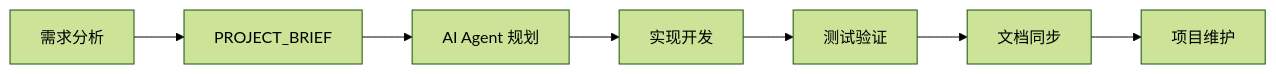
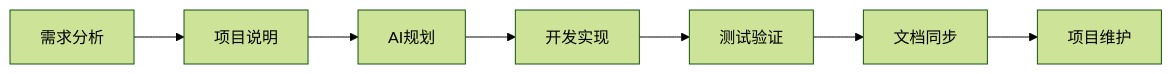
One commit to LinksOnlining/Codex-Development-Framework changed the second of 2 diagrams in README.md. Above: the diagram before and after it, drawn with Mermaid (forest theme). The commit also changed other lines of this file, not shown here.

````diff
--- a/README.md
+++ b/README.md
@@ -195,21 +155,24 @@
 ```mermaid
 flowchart LR
 
 A[需求分析]
--->B[PROJECT_BRIEF]
 
-B
--->C[AI Agent 规划]
+B[项目说明]
 
-C
--->D[实现开发]
+C[AI规划]
 
-D
--->E[测试验证]
+D[开发实现]
 
-E
--->F[文档同步]
+E[测试验证]
 
-F
--->G[项目维护]
+F[文档同步]
+
+G[项目维护]
+
+A --> B
+B --> C
+C --> D
+D --> E
+E --> F
+F --> G
 ```
````
